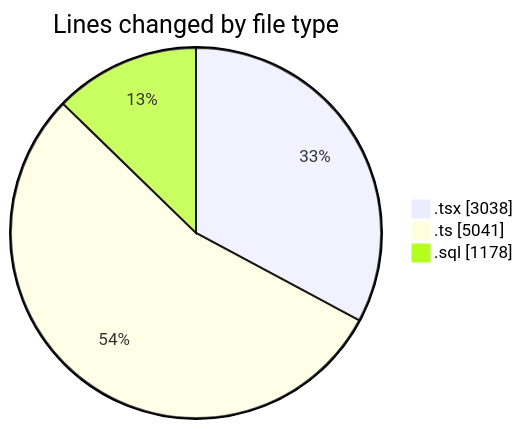
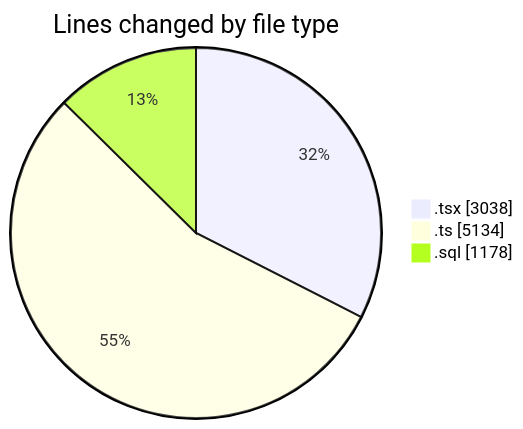
The first of 2 diagrams in 2025-09-05/hiai-phf/README.md (lephambinh05/code-tracking), drawn with Mermaid before and after one commit. The commit also changed other lines of this file and 1 other file, not shown here.

````diff
--- a/2025-09-05/hiai-phf/README.md
+++ b/2025-09-05/hiai-phf/README.md
@@ -75,7 +75,7 @@
 ```mermaid
 pie showData
 title Lines changed by file type
 ".tsx" : 3038
-".ts" : 5041
+".ts" : 5134
 ".sql" : 1178
 ```
````
